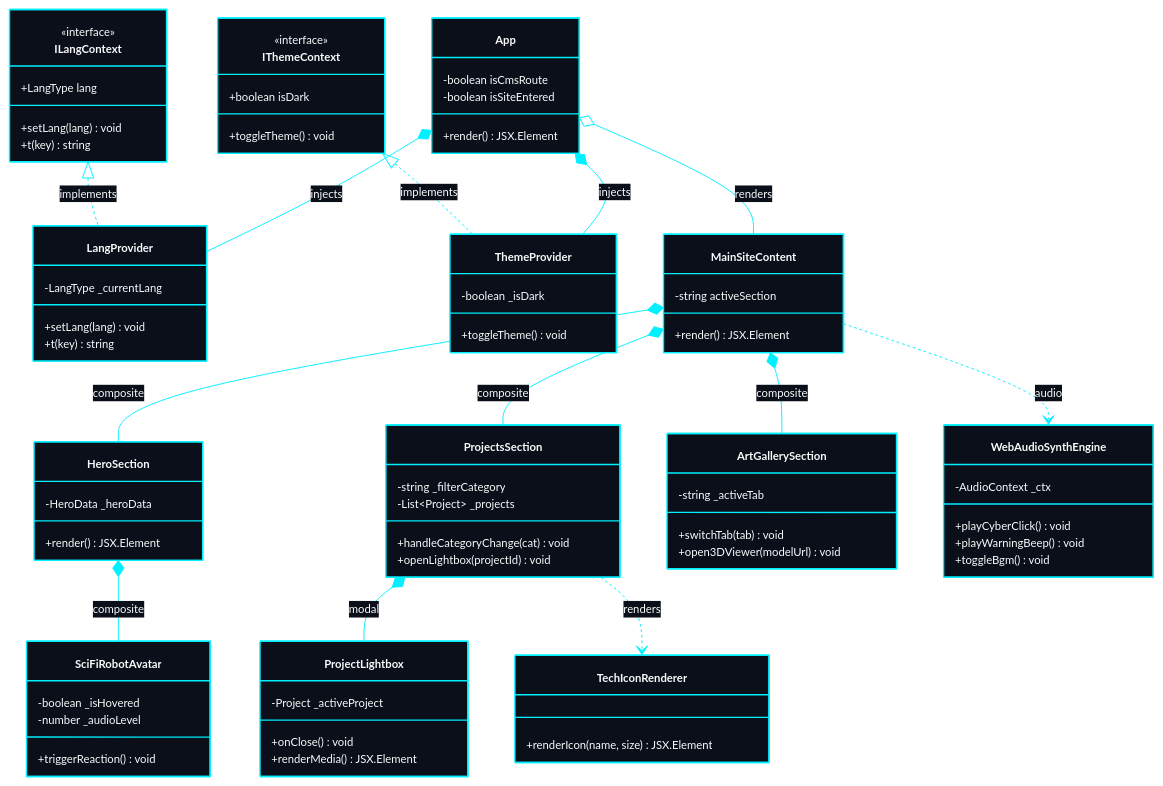
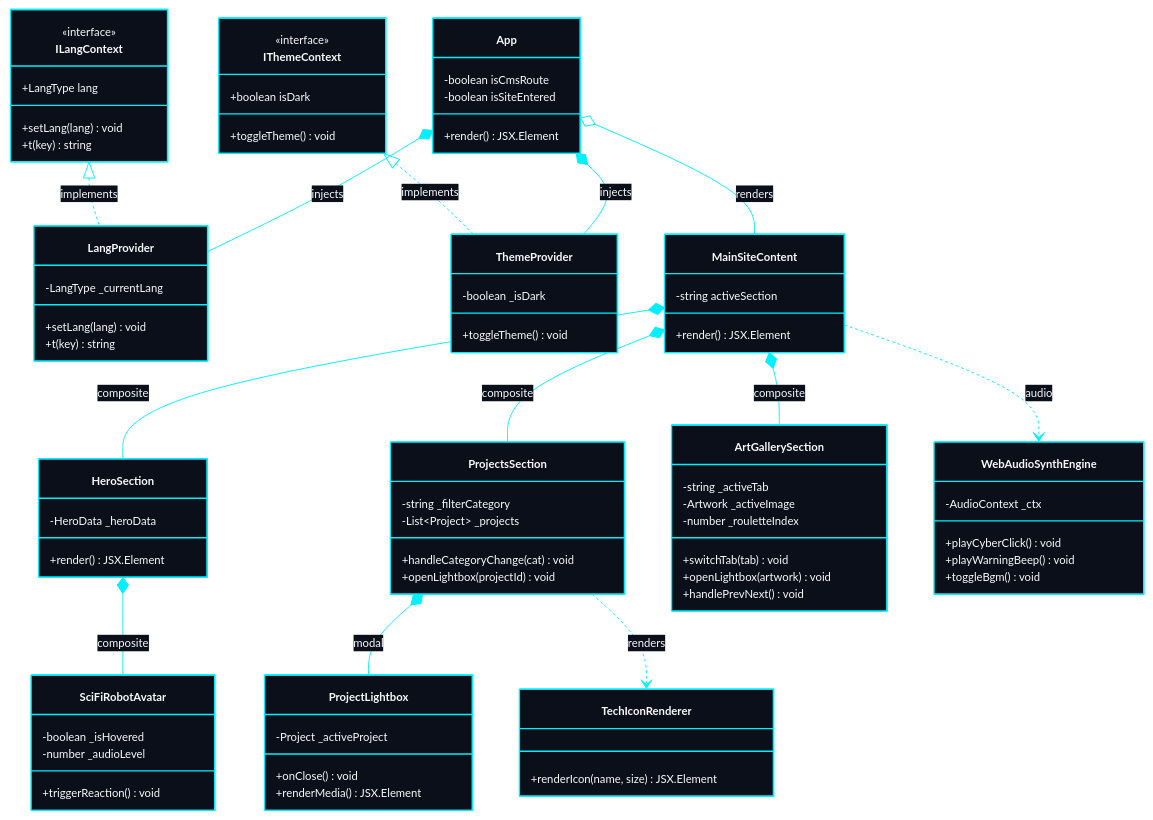
One commit to EricXJason/my-portfolio-website changed the first of 4 diagrams in docs/system-design/07-uml-diagrams.md. Above: the diagram before and after it, drawn with Mermaid. The commit also changed 5 other files, not shown here.

Commit message:
feat: synchronize latest system design specifications and bulletproof flowchart HUD diagrams

```diff
--- a/docs/system-design/07-uml-diagrams.md
+++ b/docs/system-design/07-uml-diagrams.md
@@ -89,8 +89,11 @@
 
     class ArtGallerySection {
         -string _activeTab
+        -Artwork _activeImage
+        -number _rouletteIndex
         +switchTab(tab) void
-        +open3DViewer(modelUrl) void
+        +openLightbox(artwork) void
+        +handlePrevNext() void
     }
 
     class TechIconRenderer {
```
